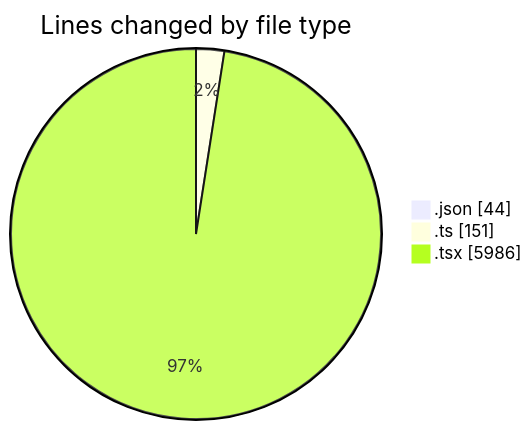
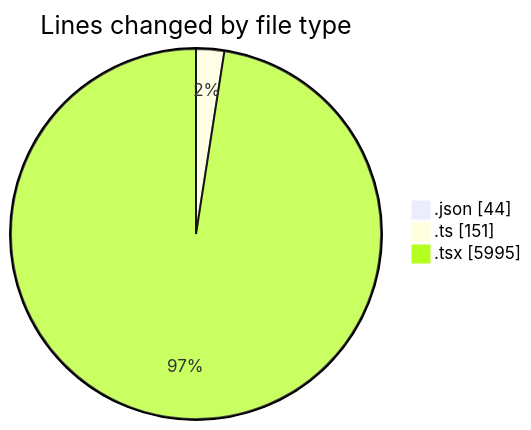
The first of 2 diagrams in 2025-10-24/eventscop-frontend-guide__workspace_/README.md (julien-gomy/code-tracking), drawn with Mermaid before and after one commit. The commit also changed other lines of this file and 1 other file, not shown here.

````diff
--- a/2025-10-24/eventscop-frontend-guide__workspace_/README.md
+++ b/2025-10-24/eventscop-frontend-guide__workspace_/README.md
@@ -39,7 +39,7 @@
 ```mermaid
 pie showData
 title Lines changed by file type
 ".json" : 44
 ".ts" : 151
-".tsx" : 5986
+".tsx" : 5995
 ```
````
